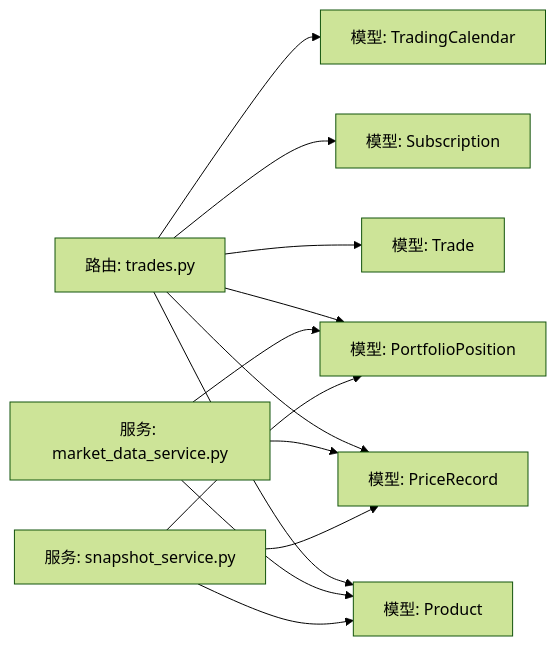
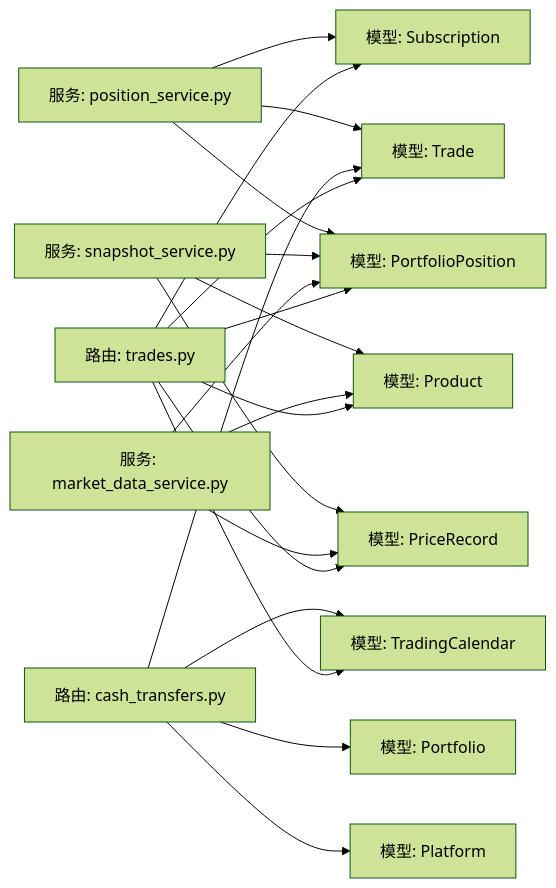
Before and after one commit to gujialind/InvestRing: diagram 11 of 11 in .qoder/repowiki/zh/content/核心业务功能/交易处理.md, drawn with Mermaid (forest theme). The commit also changed other lines of this file and 42 other files, not shown here.

````diff
--- a/.qoder/repowiki/zh/content/核心业务功能/交易处理.md
+++ b/.qoder/repowiki/zh/content/核心业务功能/交易处理.md
@@ -415,15 +520,22 @@
 ```mermaid
 graph LR
 R["路由: trades.py"] --> T["模型: Trade"]
 R --> P["模型: Product"]
 R --> PP["模型: PortfolioPosition"]
 R --> S["模型: Subscription"]
 R --> C["模型: TradingCalendar"]
 R --> PR["模型: PriceRecord"]
+RC["路由: cash_transfers.py"] --> T
+RC --> PF["模型: Portfolio"]
+RC --> PL["模型: Platform"]
+RC --> C
 Svc["服务: market_data_service.py"] --> PR
 Svc --> P
 Svc --> PP
 SSnap["服务: snapshot_service.py"] --> PR
 SSnap --> P
 SSnap --> PP
+SPos["服务: position_service.py"] --> PP
+SPos --> S
+SPos --> T
 ```
````
